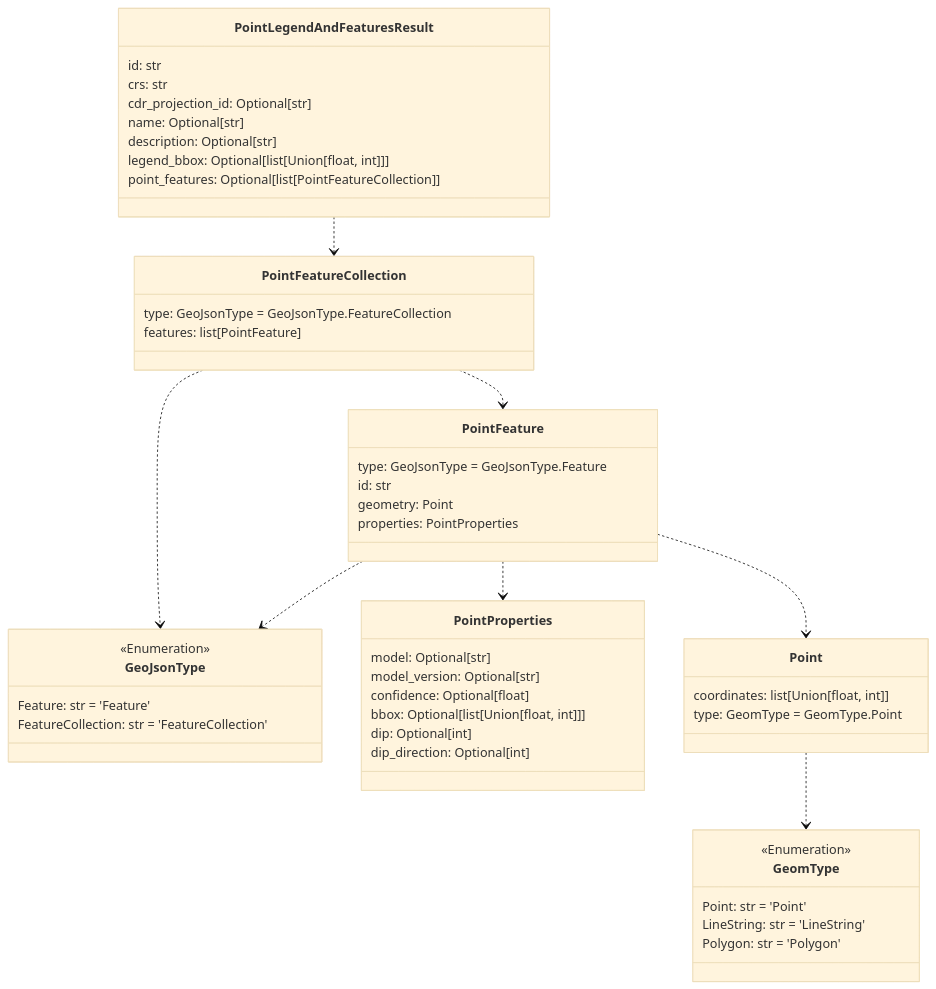
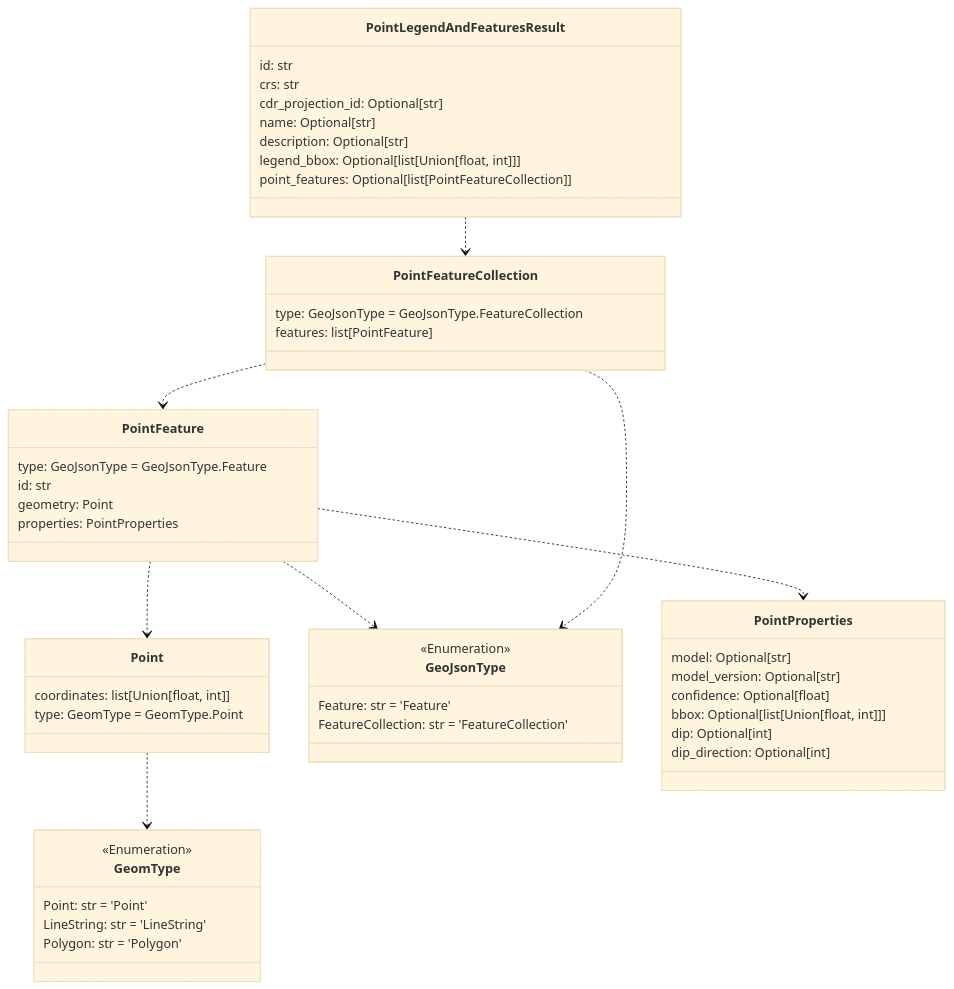
Before and after one commit to DARPA-CRITICALMAAS/cdr_schemas: the fourth of 11 diagrams in README.md, drawn with Mermaid (base theme). The commit also changed other lines of this file and 3 other files, not shown here.

````diff
--- a/README.md
+++ b/README.md
@@ -278,62 +278,62 @@
 ```mermaid
 classDiagram
-
-    class PointFeatureCollection {
-        type: GeoJsonType = GeoJsonType.FeatureCollection
-        features: list[PointFeature]
-    }
-
-    class GeomType {
-        <<Enumeration>>
-        Point: str = 'Point'
-        LineString: str = 'LineString'
-        Polygon: str = 'Polygon'
-    }
 
     class Point {
         coordinates: list[Union[float, int]]
         type: GeomType = GeomType.Point
+    }
+
+    class GeoJsonType {
+        <<Enumeration>>
+        Feature: str = 'Feature'
+        FeatureCollection: str = 'FeatureCollection'
     }
 
     class PointLegendAndFeaturesResult {
         id: str
         crs: str
         cdr_projection_id: Optional[str]
         name: Optional[str]
         description: Optional[str]
         legend_bbox: Optional[list[Union[float, int]]]
         point_features: Optional[list[PointFeatureCollection]]
     }
 
-    class GeoJsonType {
+    class PointFeatureCollection {
+        type: GeoJsonType = GeoJsonType.FeatureCollection
+        features: list[PointFeature]
+    }
+
+    class GeomType {
         <<Enumeration>>
-        Feature: str = 'Feature'
-        FeatureCollection: str = 'FeatureCollection'
+        Point: str = 'Point'
+        LineString: str = 'LineString'
+        Polygon: str = 'Polygon'
     }
 
     class PointProperties {
         model: Optional[str]
         model_version: Optional[str]
         confidence: Optional[float]
         bbox: Optional[list[Union[float, int]]]
         dip: Optional[int]
         dip_direction: Optional[int]
     }
 
     class PointFeature {
         type: GeoJsonType = GeoJsonType.Feature
         id: str
         geometry: Point
         properties: PointProperties
     }
 
     Point ..> GeomType
+    PointFeature ..> Point
+    PointFeature ..> PointProperties
     PointFeature ..> GeoJsonType
-    PointFeature ..> PointProperties
-    PointFeature ..> Point
     PointFeatureCollection ..> GeoJsonType
     PointFeatureCollection ..> PointFeature
     PointLegendAndFeaturesResult ..> PointFeatureCollection
 
 
 ```
````
